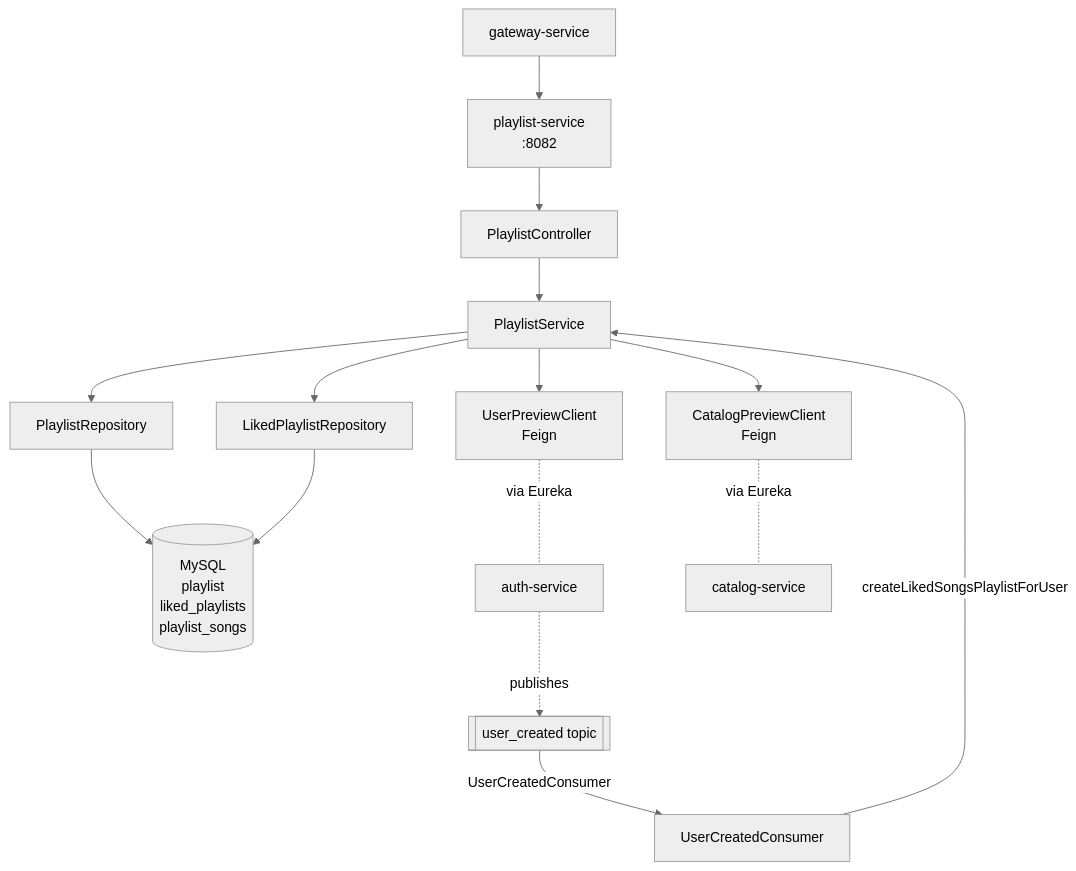
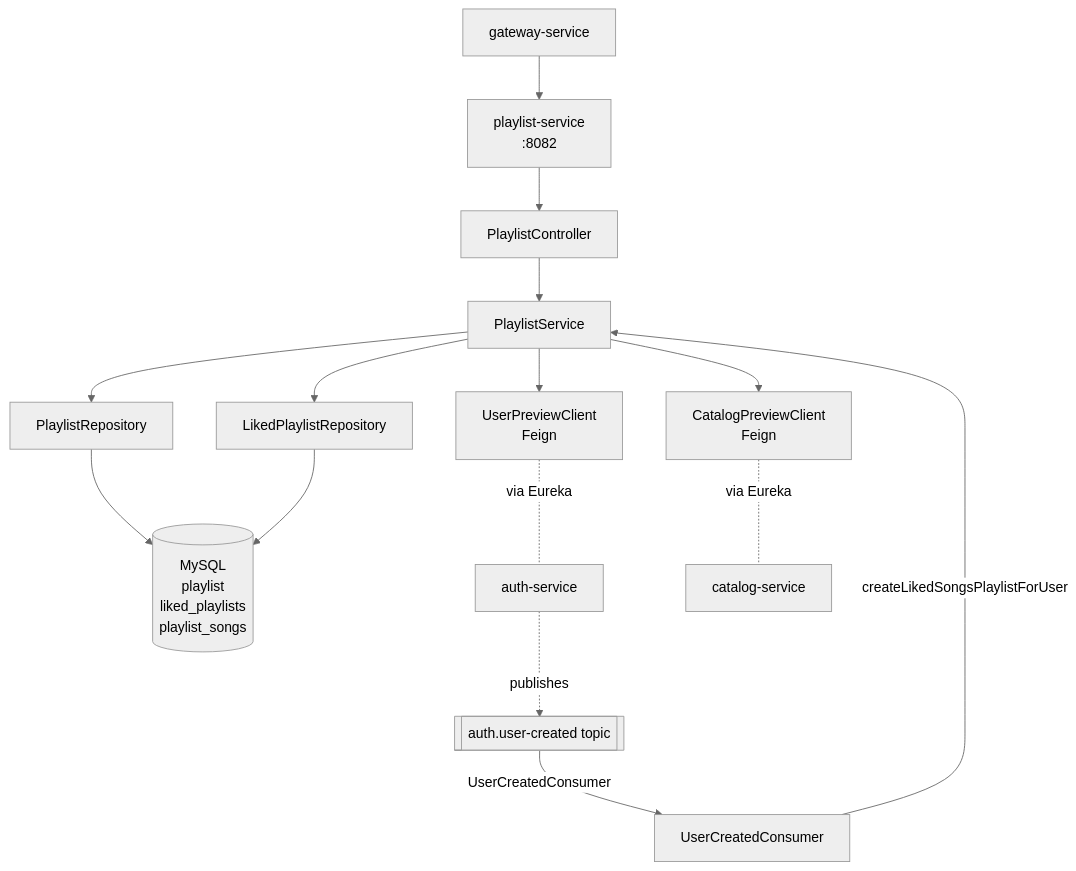
Before and after one commit to harshithrao07/cadence: the first of 4 diagrams in playlist-service/README.md, drawn with Mermaid (neutral theme). The commit also changed other lines of this file and 58 other files, not shown here.

````diff
--- a/playlist-service/README.md
+++ b/playlist-service/README.md
@@ -16,24 +16,24 @@
 ```mermaid
 flowchart TB
     gw[gateway-service] --> playlist[playlist-service<br/>:8082]
 
     playlist --> pc[PlaylistController]
     pc --> ps[PlaylistService]
 
     ps --> pr[PlaylistRepository]
     ps --> lpr[LikedPlaylistRepository]
     ps --> upc[UserPreviewClient<br/>Feign]
     ps --> cpc[CatalogPreviewClient<br/>Feign]
 
     pr --> mysql[(MySQL<br/>playlist<br/>liked_playlists<br/>playlist_songs)]
     lpr --> mysql
 
     upc -.via Eureka.- auth[auth-service]
     cpc -.via Eureka.- catalog[catalog-service]
 
-    kafka[[user_created topic]]
+    kafka[[auth.user-created topic]]
     kafka -->|UserCreatedConsumer| ucc[UserCreatedConsumer]
     ucc -->|createLikedSongsPlaylistForUser| ps
 
     auth -.publishes.-> kafka
 ```
````
